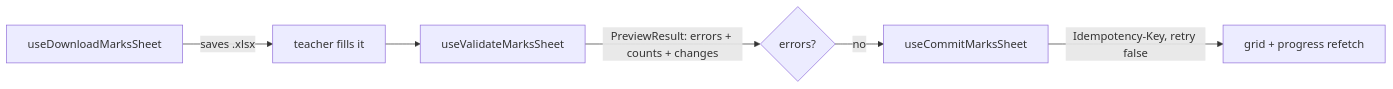
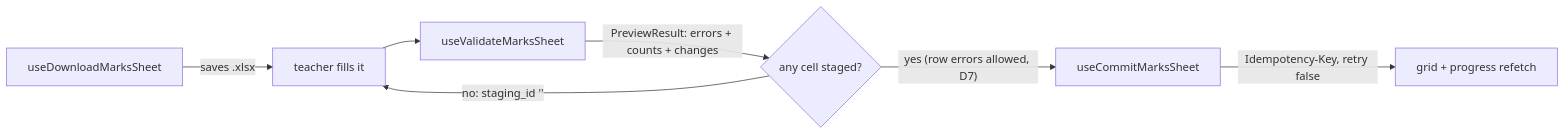
One commit to LBCron/biddaloy changed diagram 11 of 11 in docs/architecture/06-frontend-architecture.md. Above: the diagram before and after it, drawn with Mermaid. The commit also changed other lines of this file and 13 other files, not shown here.

First line of the commit message:
fix(marks-import): Bangla sheet filename, real file-error codes, 409 wording (#3584)

````diff
--- a/docs/architecture/06-frontend-architecture.md
+++ b/docs/architecture/06-frontend-architecture.md
@@ -684,8 +684,9 @@
 ```mermaid
 flowchart LR
   A[useDownloadMarksSheet] -->|saves .xlsx| B[teacher fills it]
   B --> C[useValidateMarksSheet]
-  C -->|PreviewResult: errors + counts + changes| D{errors?}
-  D -- no --> E[useCommitMarksSheet]
+  C -->|PreviewResult: errors + counts + changes| D{any cell staged?}
+  D -- "yes (row errors allowed, D7)" --> E[useCommitMarksSheet]
+  D -- "no: staging_id ''" --> B
   E -->|Idempotency-Key, retry false| F[grid + progress refetch]
 ```
````
